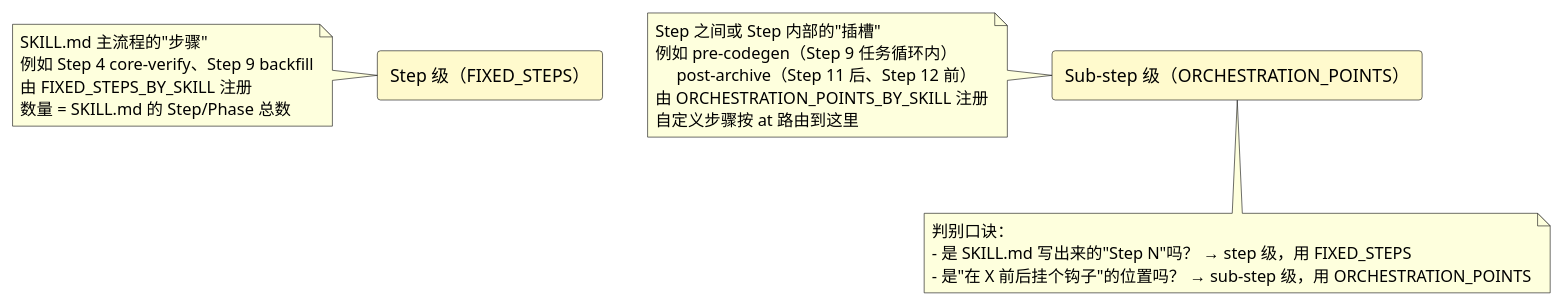
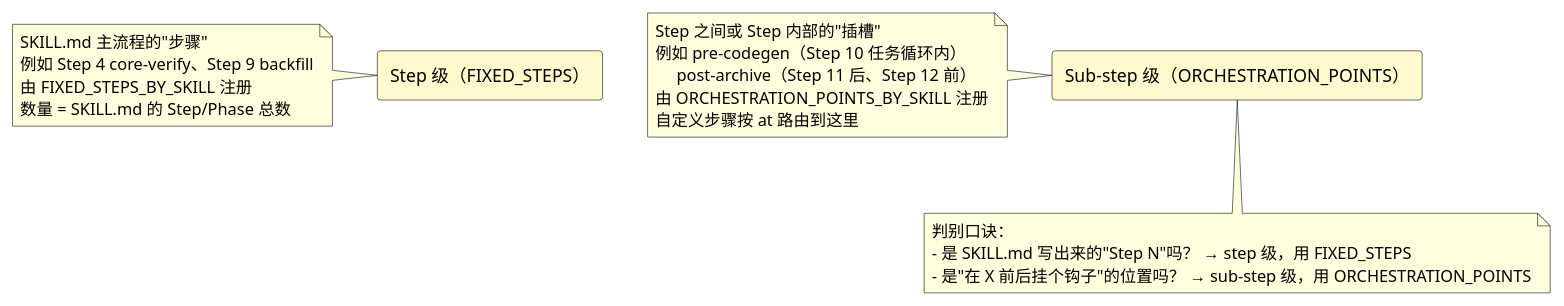
Before and after one commit to czb1/sdd: the sixth of 11 diagrams in 开发者指导.md, drawn with PlantUML. The commit also changed other lines of this file and 11 other files, not shown here.

````diff
--- a/开发者指导.md
+++ b/开发者指导.md
@@ -360,30 +360,30 @@
 ```plantuml
 @startuml component
 skinparam rectangleBackgroundColor #FFFACD
 
 rectangle "Step 级（FIXED_STEPS）" as STEP
 note left of STEP
   SKILL.md 主流程的"步骤"
   例如 Step 4 core-verify、Step 9 backfill
   由 FIXED_STEPS_BY_SKILL 注册
   数量 = SKILL.md 的 Step/Phase 总数
 end note
 
 rectangle "Sub-step 级（ORCHESTRATION_POINTS）" as SLOT
 note left of SLOT
   Step 之间或 Step 内部的"插槽"
-  例如 pre-codegen（Step 9 任务循环内）
+  例如 pre-codegen（Step 10 任务循环内）
        post-archive（Step 11 后、Step 12 前）
   由 ORCHESTRATION_POINTS_BY_SKILL 注册
   自定义步骤按 at 路由到这里
 end note
 
 STEP -[hidden]right-> SLOT
 
 note bottom of SLOT
   判别口诀：
   - 是 SKILL.md 写出来的"Step N"吗？ → step 级，用 FIXED_STEPS
   - 是"在 X 前后挂个钩子"的位置吗？ → sub-step 级，用 ORCHESTRATION_POINTS
 end note
 @enduml
 ```
````
